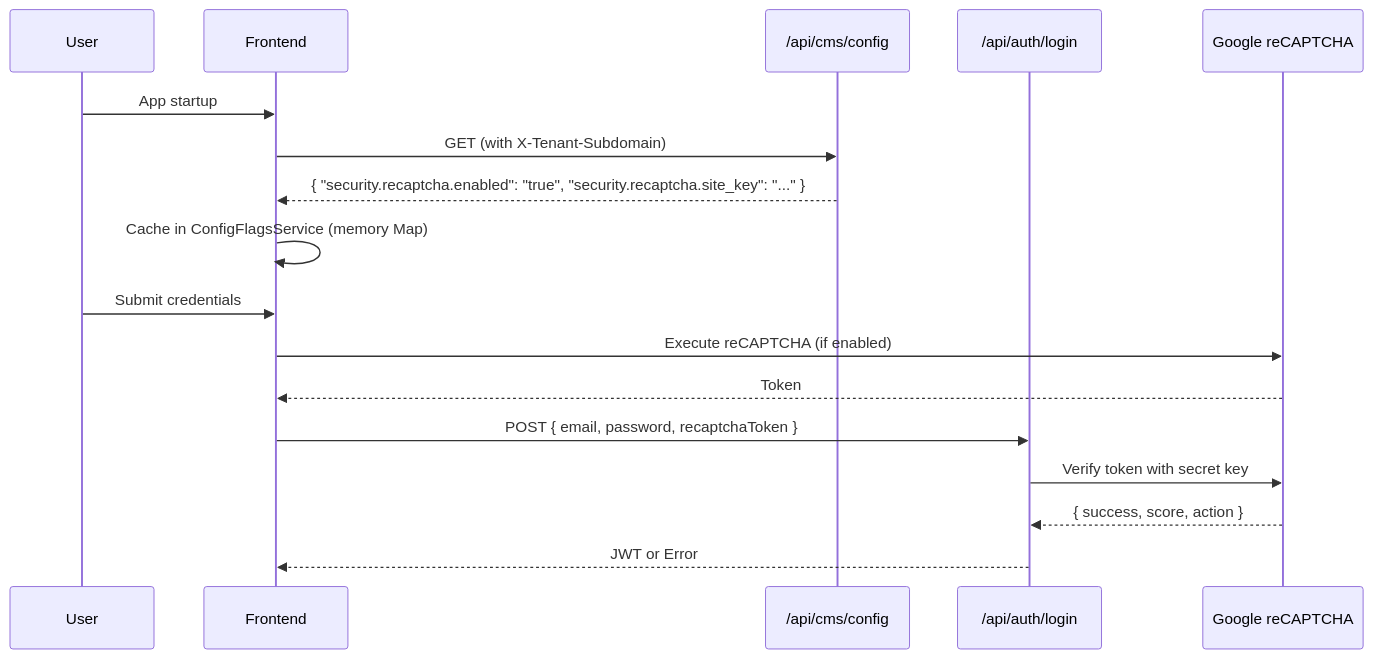
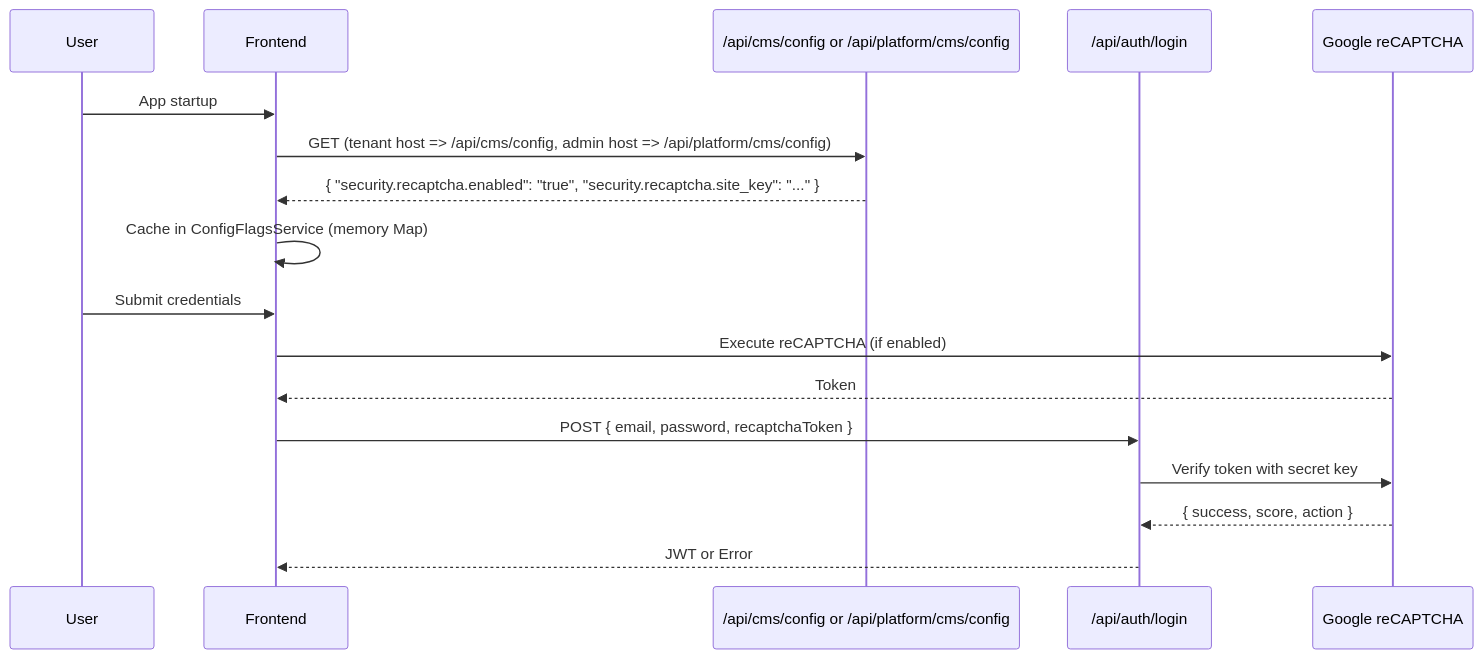
The diagram in docs/global/authentication.md (yunusemreerkesikbas/AdminCraft), drawn with Mermaid before and after one commit. The commit also changed other lines of this file and 16 other files, not shown here.

First line of the commit message:
feature/CMS-190 feat: enhance reCAPTCHA configuration management and public API

````diff
--- a/docs/global/authentication.md
+++ b/docs/global/authentication.md
@@ -736,21 +736,21 @@
 ```mermaid
 sequenceDiagram
     participant User
     participant Frontend
-    participant CmsConfigAPI as /api/cms/config
+    participant CmsConfigAPI as /api/cms/config or /api/platform/cms/config
     participant AuthAPI as /api/auth/login
     participant Google as Google reCAPTCHA
 
     User->>Frontend: App startup
-    Frontend->>CmsConfigAPI: GET (with X-Tenant-Subdomain)
+    Frontend->>CmsConfigAPI: GET (tenant host => /api/cms/config, admin host => /api/platform/cms/config)
     CmsConfigAPI-->>Frontend: { "security.recaptcha.enabled": "true", "security.recaptcha.site_key": "..." }
     Frontend->>Frontend: Cache in ConfigFlagsService (memory Map)
 
     User->>Frontend: Submit credentials
     Frontend->>Google: Execute reCAPTCHA (if enabled)
     Google-->>Frontend: Token
     Frontend->>AuthAPI: POST { email, password, recaptchaToken }
     AuthAPI->>Google: Verify token with secret key
     Google-->>AuthAPI: { success, score, action }
     AuthAPI-->>Frontend: JWT or Error
 ```
````
